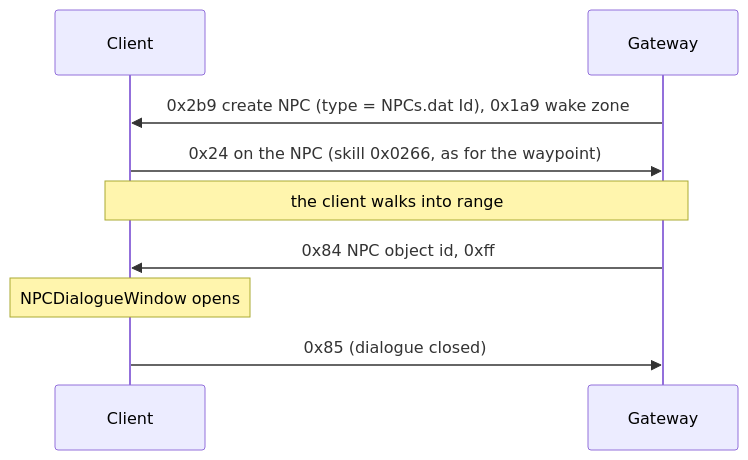
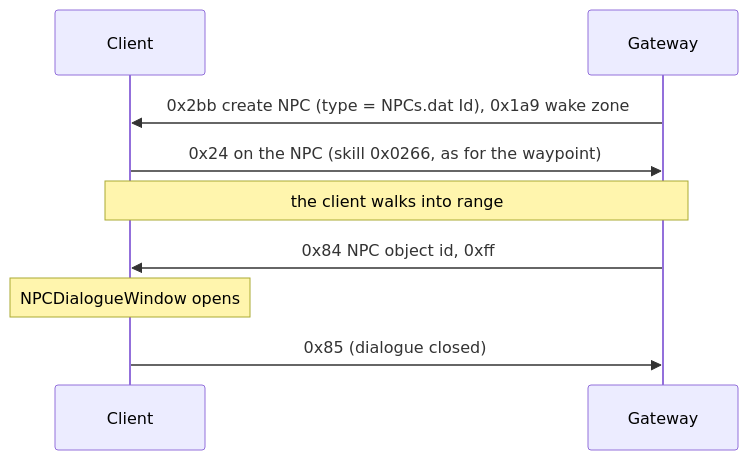
Before and after one commit to LocalExile/LocalExile: the diagram in Agents/docs/protocol/17-npcs.md, drawn with Mermaid. The commit also changed other lines of this file and 135 other files, not shown here.

````diff
--- a/Agents/docs/protocol/17-npcs.md
+++ b/Agents/docs/protocol/17-npcs.md
@@ -7,11 +7,11 @@
 ```mermaid
 sequenceDiagram
     participant C as Client
     participant G as Gateway
-    G->>C: 0x2b9 create NPC (type = NPCs.dat Id), 0x1a9 wake zone
+    G->>C: 0x2bb create NPC (type = NPCs.dat Id), 0x1a9 wake zone
     C->>G: 0x24 on the NPC (skill 0x0266, as for the waypoint)
     Note over C,G: the client walks into range
     G->>C: 0x84 NPC object id, 0xff
     Note over C: NPCDialogueWindow opens
     C->>G: 0x85 (dialogue closed)
 ```
````
